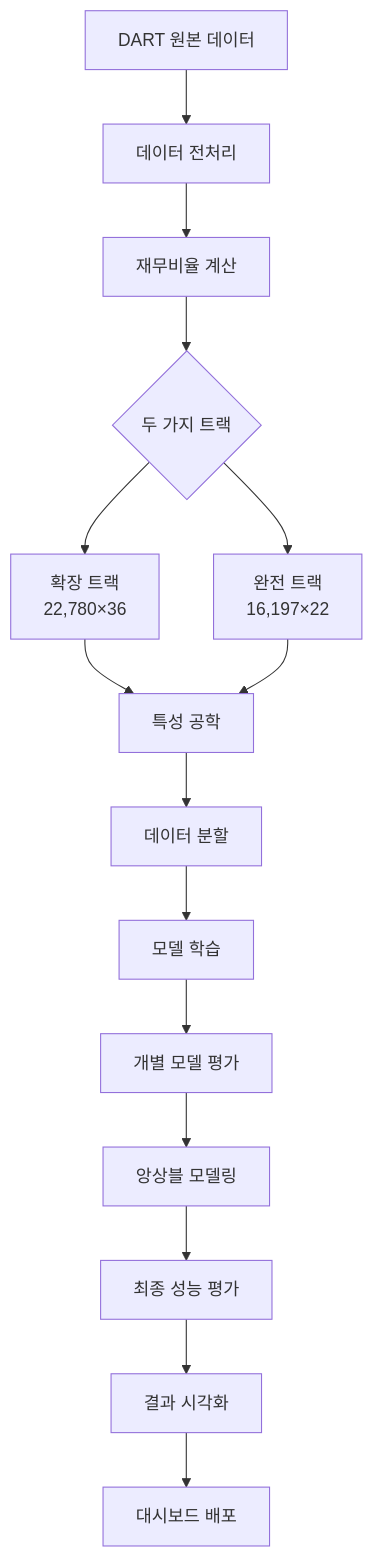
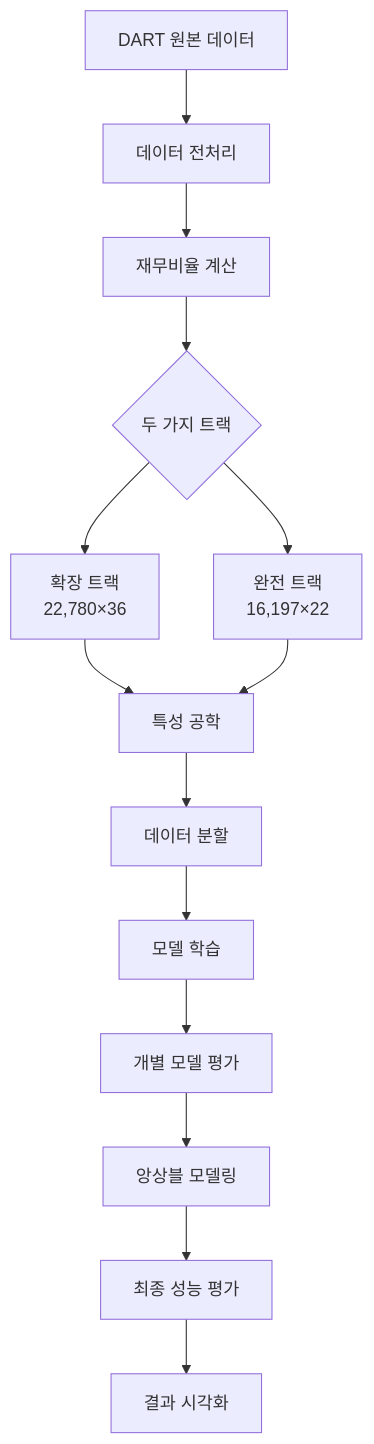
Before and after one commit to Pengi99/P2_Default-invest: the diagram in README.md, drawn with Mermaid. The commit also changed other lines of this file and 444 other files, not shown here.

````diff
--- a/README.md
+++ b/README.md
@@ -229,17 +238,16 @@
 ```mermaid
 graph TD
     A[DART 원본 데이터] --> B[데이터 전처리]
     B --> C[재무비율 계산]
     C --> D{두 가지 트랙}
     D --> E[확장 트랙<br/>22,780×36]
     D --> F[완전 트랙<br/>16,197×22]
     E --> G[특성 공학]
     F --> G
     G --> H[데이터 분할]
     H --> I[모델 학습]
     I --> J[개별 모델 평가]
     J --> K[앙상블 모델링]
     K --> L[최종 성능 평가]
     L --> M[결과 시각화]
-    M --> N[대시보드 배포]
 ```
````
